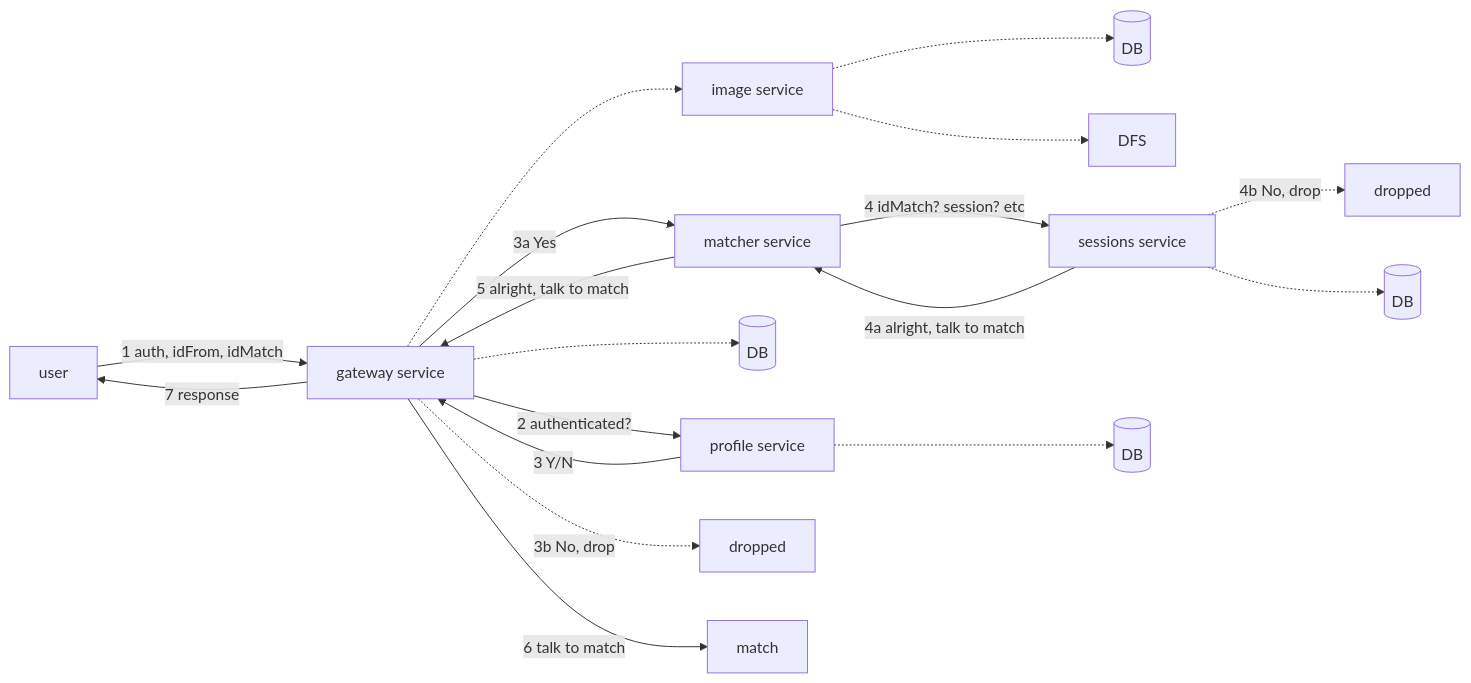
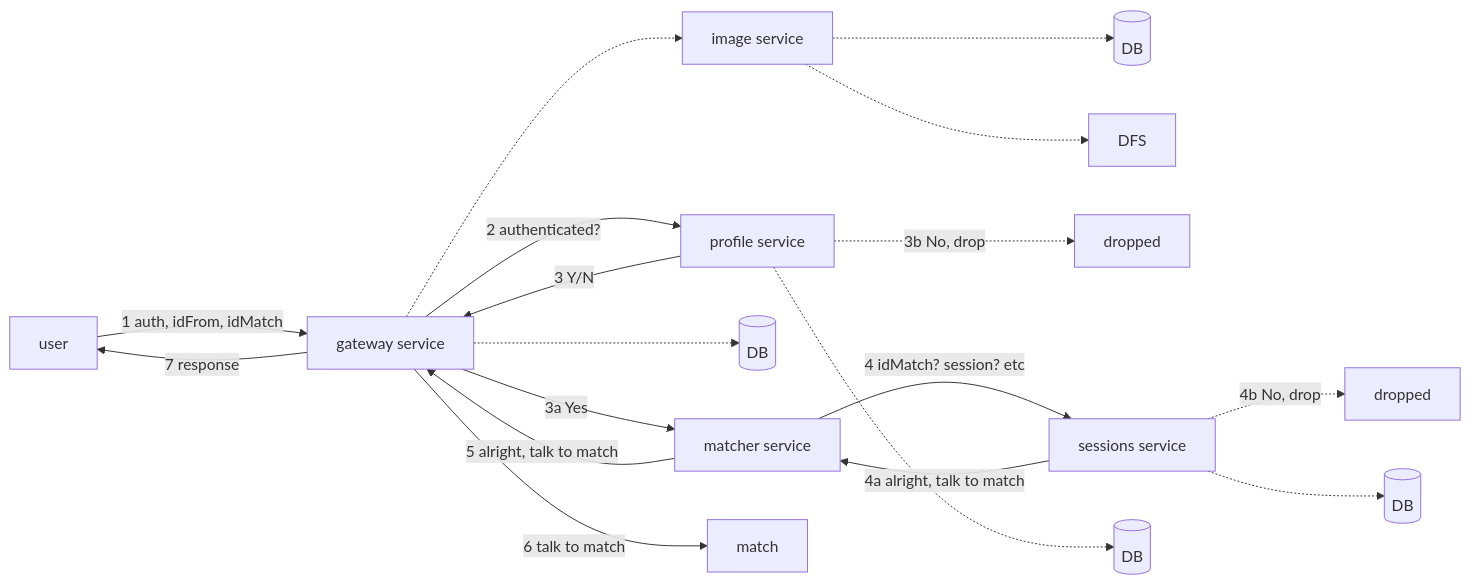
The sixth of 7 diagrams in 0x01-tinder/0-tinder.md (brk-a/system-design), drawn with Mermaid before and after one commit. The commit also changed other lines of this file, not shown here.

````diff
--- a/0x01-tinder/0-tinder.md
+++ b/0x01-tinder/0-tinder.md
@@ -121,20 +122,20 @@
      ```mermaid
         flowchart LR
         A[user]--1 auth, idFrom, idMatch-->B[gateway service]
         B--2 authenticated?-->C[profile service]
         C--3 Y/N-->B
         B-.->D[image service]
         D-.->E[(DB)]
         B--7 response-->A
         B-.->G[(DB)]
         D-.->H[DFS]
         B--3a Yes-->I[matcher service]
-        B-.3b No, drop.->J[dropped]
+        C-.3b No, drop.->J[dropped]
         I--4 idMatch? session? etc-->K[sessions service]
         K--4a alright, talk to match-->I
         K-.4b No, drop.->L[dropped]
         I--5 alright, talk to match-->B
         B--6 talk to match-->M[match]
         C-.->N[(DB)]
         K-.->O[(DB)]
     ```
````
